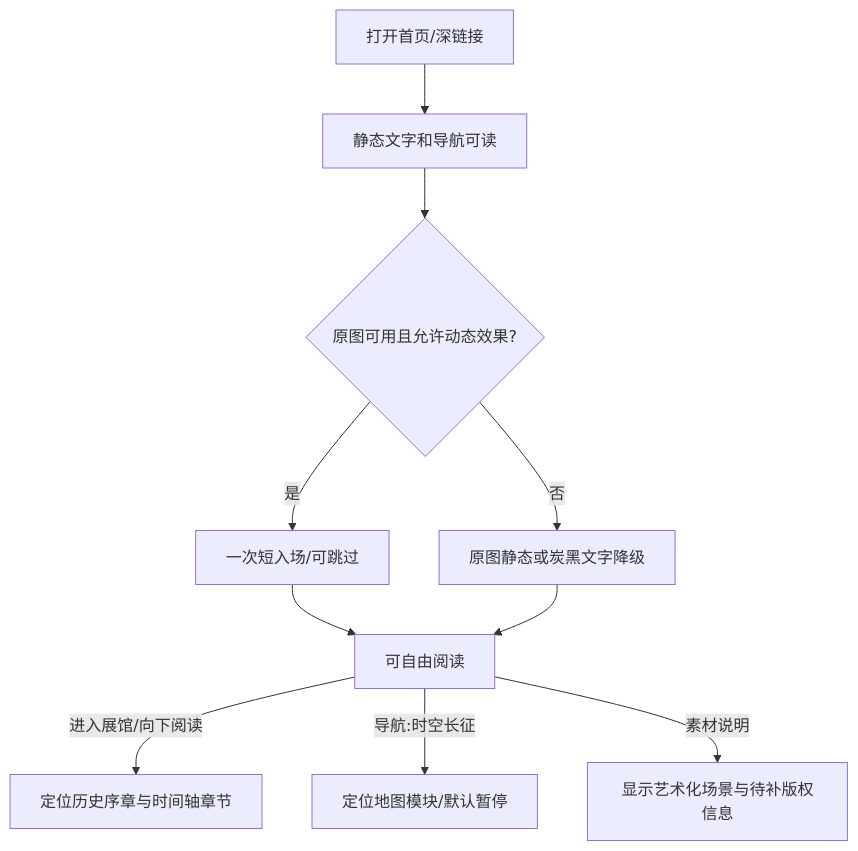
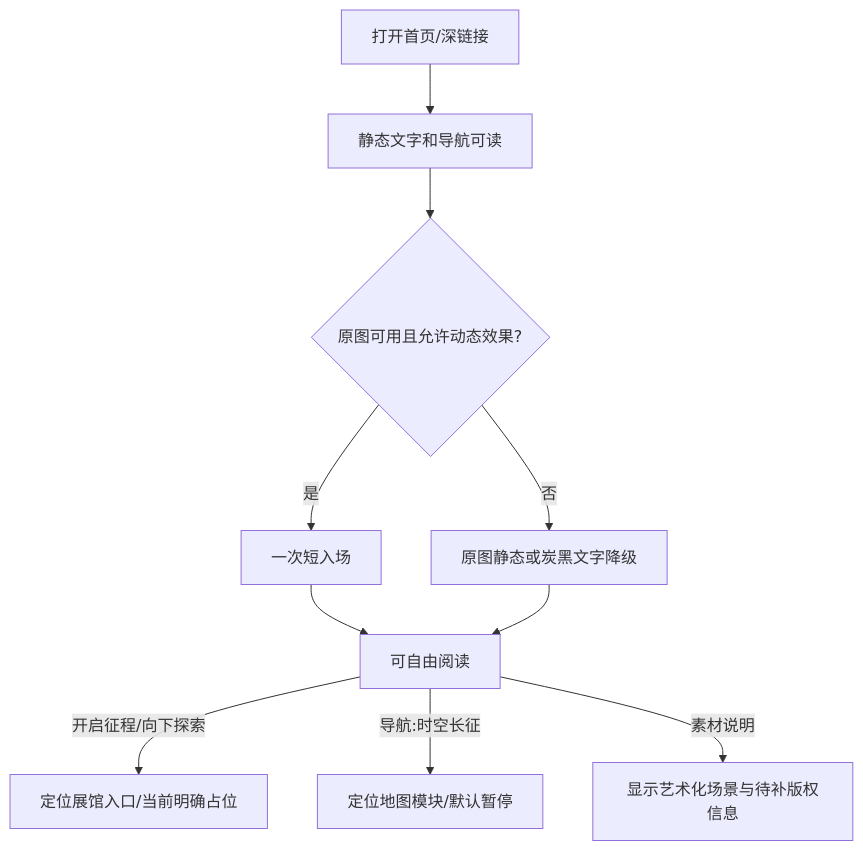
Before and after one commit to Sunway818/long-march-digital-museum: the first of 2 diagrams in docs/INTERACTION_DESIGN.md, drawn with Mermaid. The commit also changed other lines of this file and 29 other files, not shown here.

````diff
--- a/docs/INTERACTION_DESIGN.md
+++ b/docs/INTERACTION_DESIGN.md
@@ -71,12 +71,12 @@
 ```mermaid
 flowchart TD
   A[打开首页/深链接] --> B[静态文字和导航可读]
   B --> C{原图可用且允许动态效果?}
-  C -->|是| D[一次短入场/可跳过]
+  C -->|是| D[一次短入场]
   C -->|否| E[原图静态或炭黑文字降级]
   D --> F[可自由阅读]
   E --> F
-  F -->|进入展馆/向下阅读| G[定位历史序章与时间轴章节]
+  F -->|开启征程/向下探索| G[定位展馆入口/当前明确占位]
   F -->|导航:时空长征| H[定位地图模块/默认暂停]
   F -->|素材说明| I[显示艺术化场景与待补版权信息]
 ```
````
